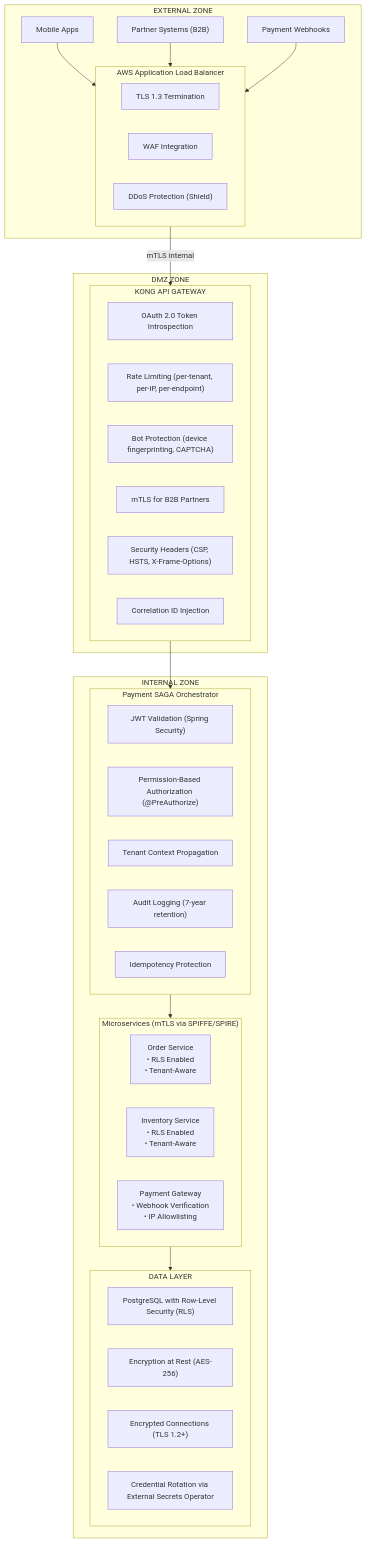
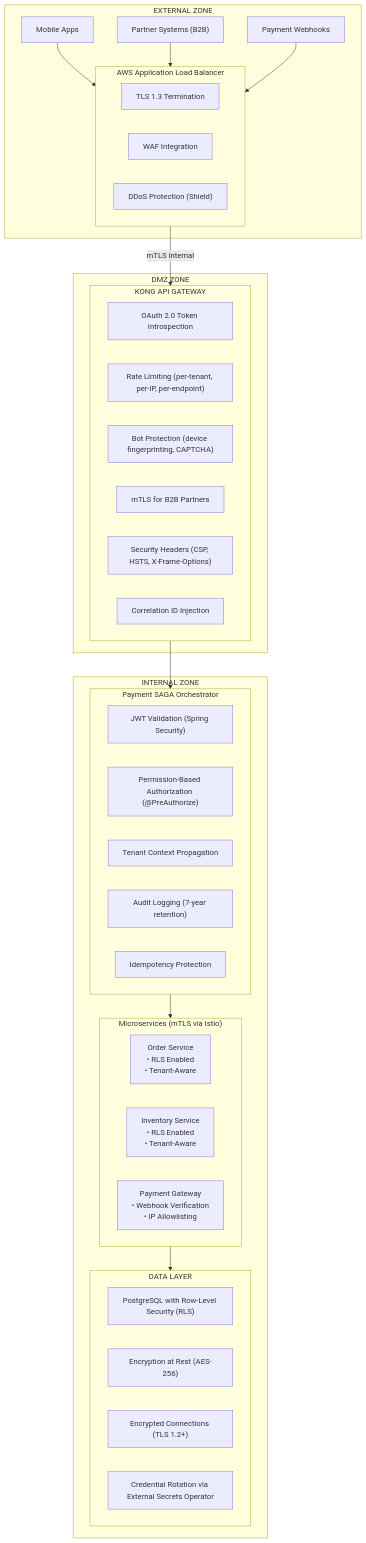
One commit to simbataisa/tcb-paylink-arch changed the first of 2 diagrams in docs/Security.md. Above: the diagram before and after it, drawn with Mermaid. The commit also changed other lines of this file and 2 other files, not shown here.

````diff
--- a/docs/Security.md
+++ b/docs/Security.md
@@ -33,58 +33,58 @@
 ```mermaid
 flowchart TB
     subgraph External["EXTERNAL ZONE"]
         M["Mobile Apps"]
         P["Partner Systems (B2B)"]
         W["Payment Webhooks"]
 
         subgraph ALB["AWS Application Load Balancer"]
             ALB1["TLS 1.3 Termination"]
             ALB2["WAF Integration"]
             ALB3["DDoS Protection (Shield)"]
         end
 
         M --> ALB
         P --> ALB
         W --> ALB
     end
 
     subgraph DMZ["DMZ ZONE"]
         subgraph Kong["KONG API GATEWAY"]
             K1["OAuth 2.0 Token Introspection"]
             K2["Rate Limiting (per-tenant, per-IP, per-endpoint)"]
             K3["Bot Protection (device fingerprinting, CAPTCHA)"]
             K4["mTLS for B2B Partners"]
             K5["Security Headers (CSP, HSTS, X-Frame-Options)"]
             K6["Correlation ID Injection"]
         end
     end
 
     subgraph Internal["INTERNAL ZONE"]
         subgraph Orch["Payment SAGA Orchestrator"]
             O1["JWT Validation (Spring Security)"]
             O2["Permission-Based Authorization (@PreAuthorize)"]
             O3["Tenant Context Propagation"]
             O4["Audit Logging (7-year retention)"]
             O5["Idempotency Protection"]
         end
 
-        subgraph Services["Microservices (mTLS via SPIFFE/SPIRE)"]
+        subgraph Services["Microservices (mTLS via Istio)"]
             S1["Order Service<br/>• RLS Enabled<br/>• Tenant-Aware"]
             S2["Inventory Service<br/>• RLS Enabled<br/>• Tenant-Aware"]
             S3["Payment Gateway<br/>• Webhook Verification<br/>• IP Allowlisting"]
         end
 
         subgraph Data["DATA LAYER"]
             D1["PostgreSQL with Row-Level Security (RLS)"]
             D2["Encryption at Rest (AES-256)"]
             D3["Encrypted Connections (TLS 1.2+)"]
             D4["Credential Rotation via External Secrets Operator"]
         end
 
         Orch --> Services
         Services --> Data
     end
 
     ALB -->|mTLS internal| Kong
     Kong --> Orch
 ```
````
